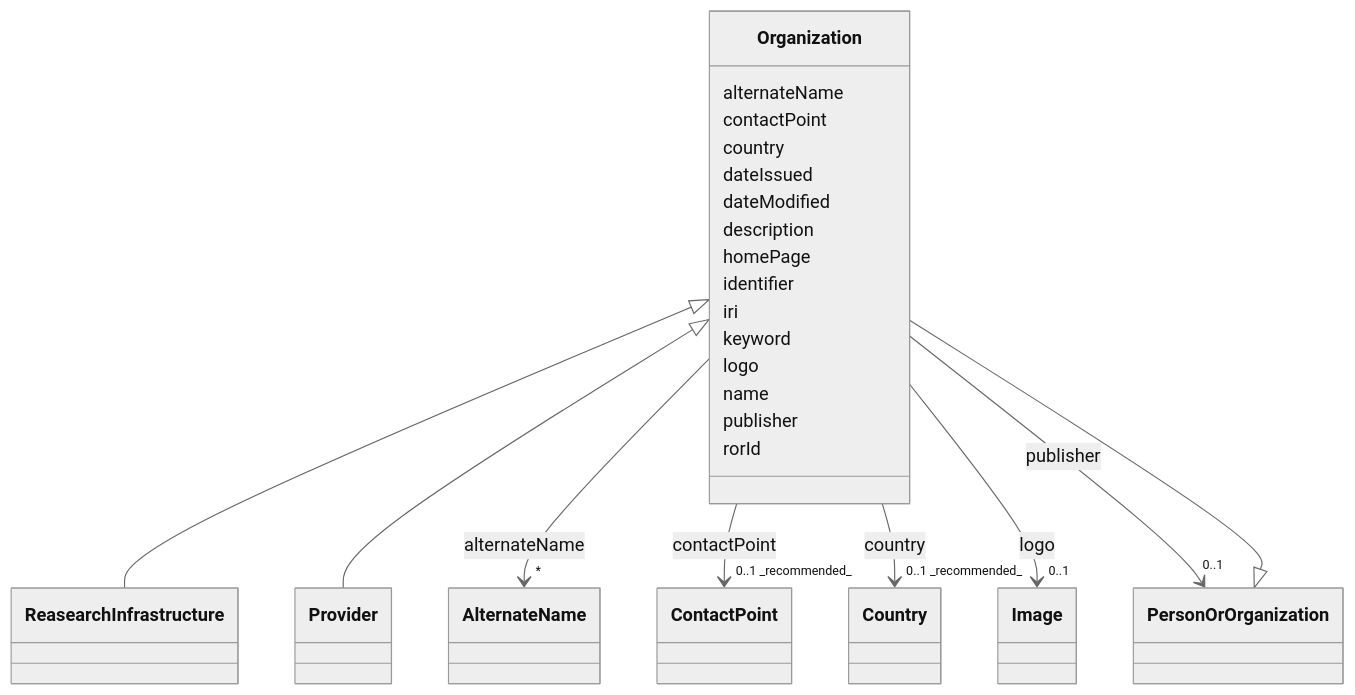
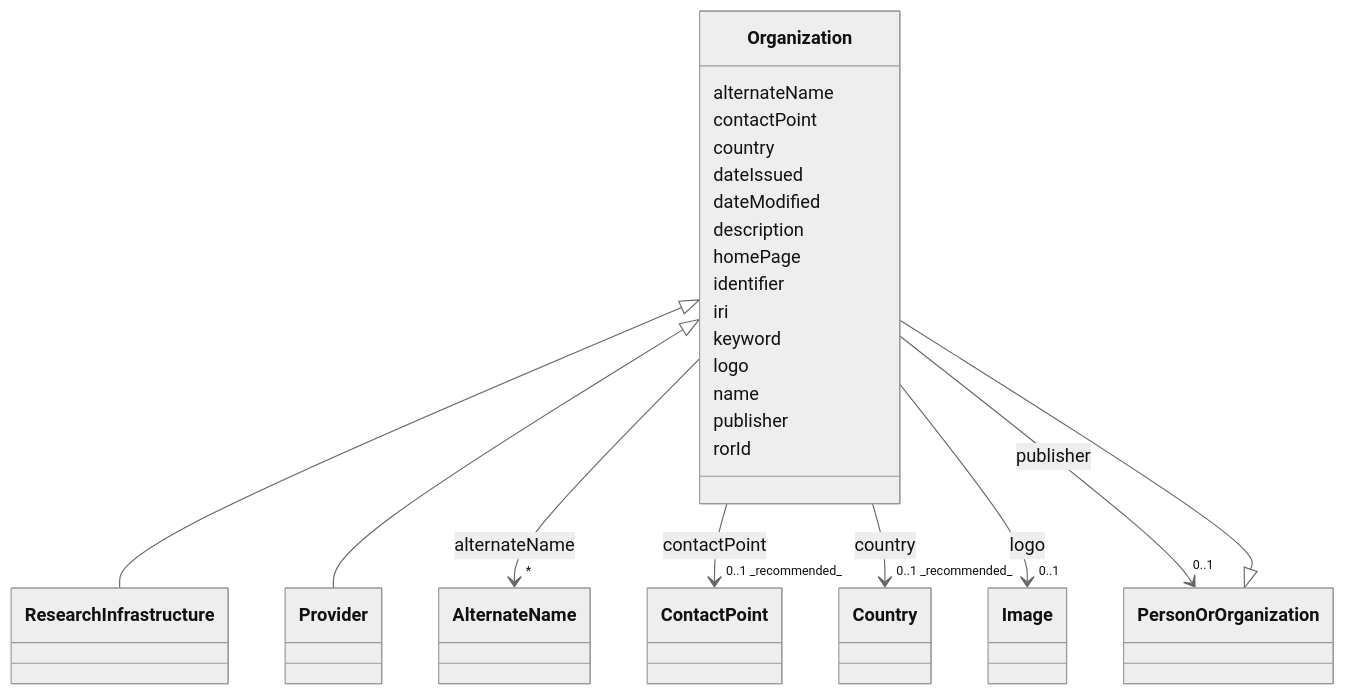
The diagram in models/docs/Organization.md (EVORA-project/evora-ontology), drawn with Mermaid (neutral theme) before and after one commit. The commit also changed other lines of this file and 290 other files, not shown here.

````diff
--- a/models/docs/Organization.md
+++ b/models/docs/Organization.md
@@ -19,79 +19,79 @@
 ```mermaid
  classDiagram
     class Organization
     click Organization href "../Organization"
       PersonOrOrganization <|-- Organization
         click PersonOrOrganization href "../PersonOrOrganization"
       
 
-      Organization <|-- ReasearchInfrastructure
-        click ReasearchInfrastructure href "../ReasearchInfrastructure"
+      Organization <|-- ResearchInfrastructure
+        click ResearchInfrastructure href "../ResearchInfrastructure"
       Organization <|-- Provider
         click Provider href "../Provider"
       
       
       Organization : alternateName
         
           
     
     
     Organization --> "*" AlternateName : alternateName
     click AlternateName href "../AlternateName"
 
         
       Organization : contactPoint
         
           
     
     
     Organization --> "0..1 _recommended_" ContactPoint : contactPoint
     click ContactPoint href "../ContactPoint"
 
         
       Organization : country
         
           
     
     
     Organization --> "0..1 _recommended_" Country : country
     click Country href "../Country"
 
         
       Organization : dateIssued
         
       Organization : dateModified
         
       Organization : description
         
       Organization : homePage
         
       Organization : identifier
         
       Organization : iri
         
       Organization : keyword
         
       Organization : logo
         
           
     
     
     Organization --> "0..1" Image : logo
     click Image href "../Image"
 
         
       Organization : name
         
       Organization : publisher
         
           
     
     
     Organization --> "0..1" PersonOrOrganization : publisher
     click PersonOrOrganization href "../PersonOrOrganization"
 
         
       Organization : rorId
         
       
 ```
````
